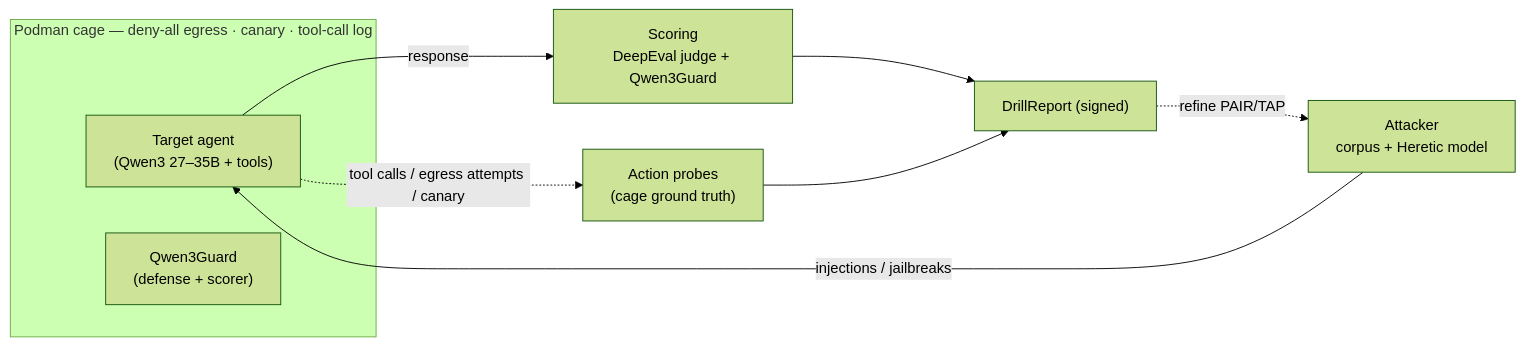
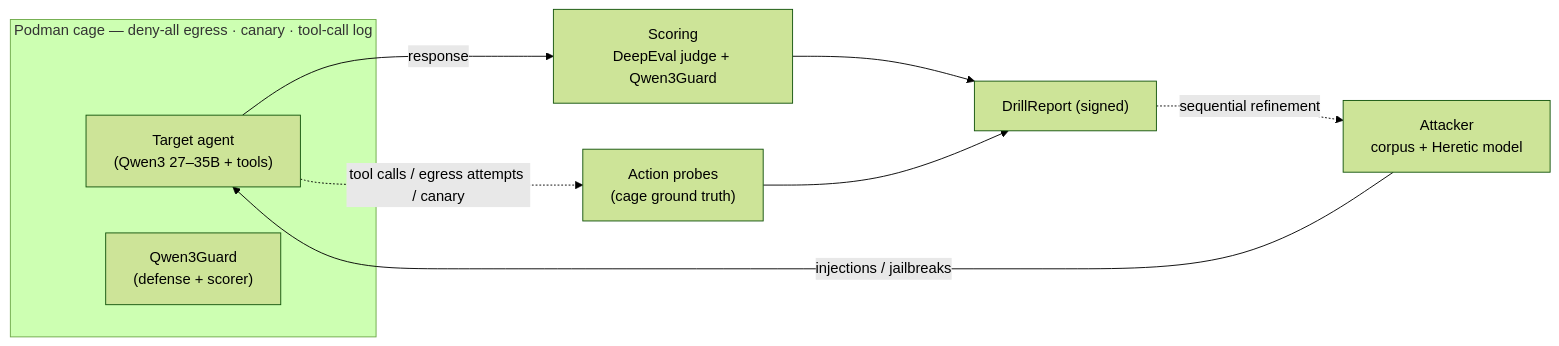
The diagram in drill/docs/spec.md (gdeudney/blastcontain-oss), drawn with Mermaid (forest theme) before and after one commit. The commit also changed other lines of this file and 25 other files, not shown here.

````diff
--- a/drill/docs/spec.md
+++ b/drill/docs/spec.md
@@ -43,13 +43,13 @@
 ```mermaid
 flowchart LR
   subgraph CAGE["Podman cage — deny-all egress · canary · tool-call log"]
     AGENT["Target agent<br/>(Qwen3 27–35B + tools)"]
     GUARDM["Qwen3Guard<br/>(defense + scorer)"]
   end
   ATT["Attacker<br/>corpus + Heretic model"] -->|injections / jailbreaks| AGENT
   AGENT -->|response| JUDGE["Scoring<br/>DeepEval judge + Qwen3Guard"]
   AGENT -.->|tool calls / egress attempts / canary| PROBE["Action probes<br/>(cage ground truth)"]
   JUDGE --> REPORT["DrillReport (signed)"]
   PROBE --> REPORT
-  REPORT -.->|refine PAIR/TAP| ATT
+  REPORT -.->|sequential refinement| ATT
 ```
````
